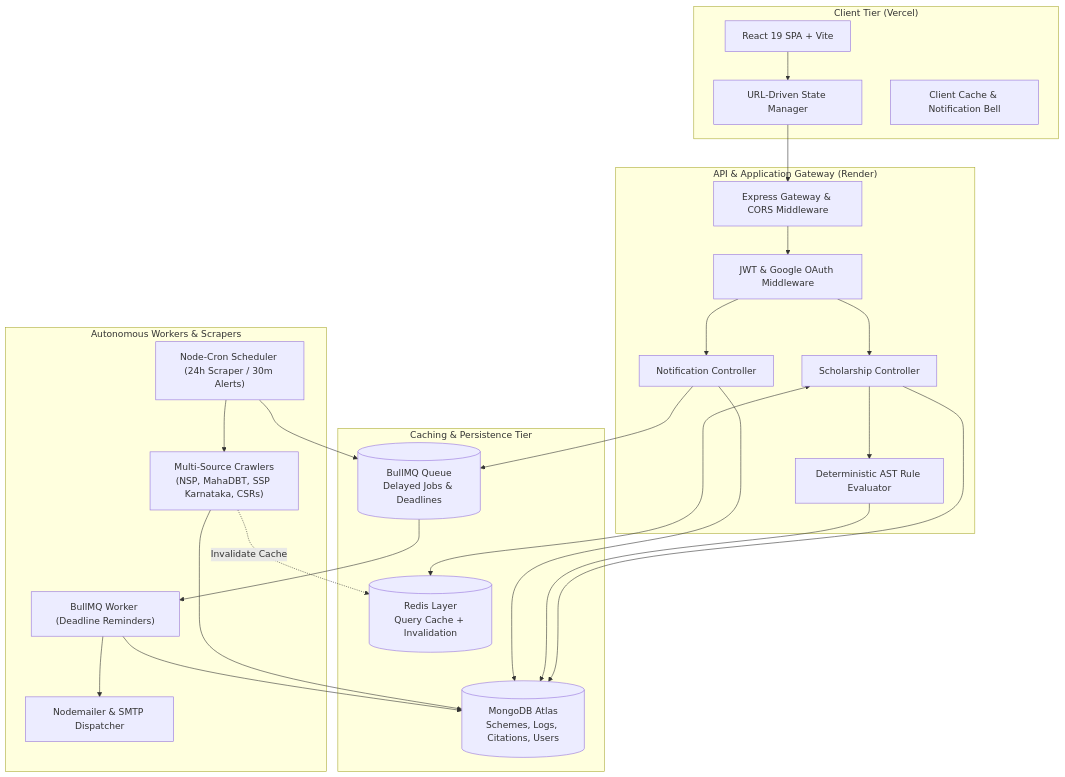
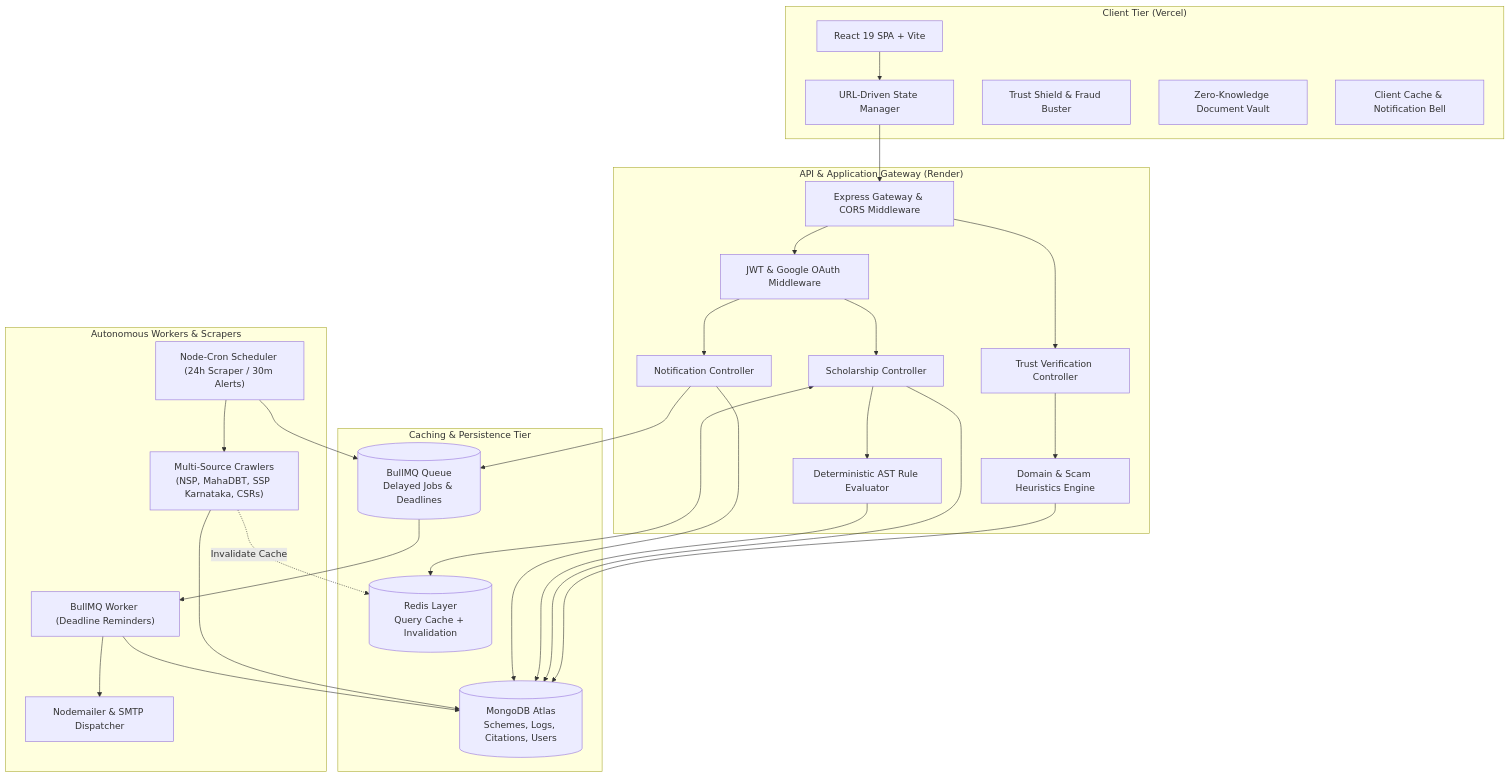
The first of 5 diagrams in README.md (sanskriti49/udaan-scholarship-finder), drawn with Mermaid before and after one commit. The commit also changed other lines of this file and 11 other files, not shown here.

Commit message:
feat: implement Anti-Scam Trust Shield, Zero-Knowledge Document Vault, and update README architecture

````diff
--- a/README.md
+++ b/README.md
@@ -18,53 +18,61 @@
 ```mermaid
 flowchart TB
     subgraph ClientTier ["Client Tier (Vercel)"]
         UI["React 19 SPA + Vite"]
         Router["URL-Driven State Manager"]
+        TrustView["Trust Shield & Fraud Buster"]
+        DocVaultView["Zero-Knowledge Document Vault"]
         CacheStore["Client Cache & Notification Bell"]
     end
 
     subgraph APITier ["API & Application Gateway (Render)"]
         Gateway["Express Gateway & CORS Middleware"]
         Auth["JWT & Google OAuth Middleware"]
         ScholarshipCtrl["Scholarship Controller"]
         RuleEngine["Deterministic AST Rule Evaluator"]
+        TrustCtrl["Trust Verification Controller"]
+        TrustEngine["Domain & Scam Heuristics Engine"]
         NotifCtrl["Notification Controller"]
     end
 
     subgraph DataTier ["Caching & Persistence Tier"]
         RedisStore[("Redis Layer
 Query Cache + Invalidation")]
         BullQueue[("BullMQ Queue
 Delayed Jobs & Deadlines")]
         MongoAtlas[("MongoDB Atlas
 Schemes, Logs, Citations, Users")]
     end
 
     subgraph AsyncTier ["Autonomous Workers & Scrapers"]
         CronSched["Node-Cron Scheduler (24h Scraper / 30m Alerts)"]
         Crawlers["Multi-Source Crawlers
 (NSP, MahaDBT, SSP Karnataka, CSRs)"]
         ReminderWorker["BullMQ Worker (Deadline Reminders)"]
         EmailService["Nodemailer & SMTP Dispatcher"]
     end
 
     UI --> Router
     Router --> Gateway
     Gateway --> Auth
     Auth --> ScholarshipCtrl
     Auth --> NotifCtrl
+    Gateway --> TrustCtrl
+    TrustCtrl --> TrustEngine
+    TrustEngine --> MongoAtlas
+
     ScholarshipCtrl <--> RedisStore
     ScholarshipCtrl --> MongoAtlas
     ScholarshipCtrl --> RuleEngine
     RuleEngine --> MongoAtlas
     NotifCtrl --> BullQueue
     NotifCtrl --> MongoAtlas
 
     CronSched --> Crawlers
     Crawlers --> MongoAtlas
     Crawlers -.->|Invalidate Cache| RedisStore
     CronSched --> BullQueue
     BullQueue --> ReminderWorker
     ReminderWorker --> EmailService
     ReminderWorker --> MongoAtlas
 ```
````
